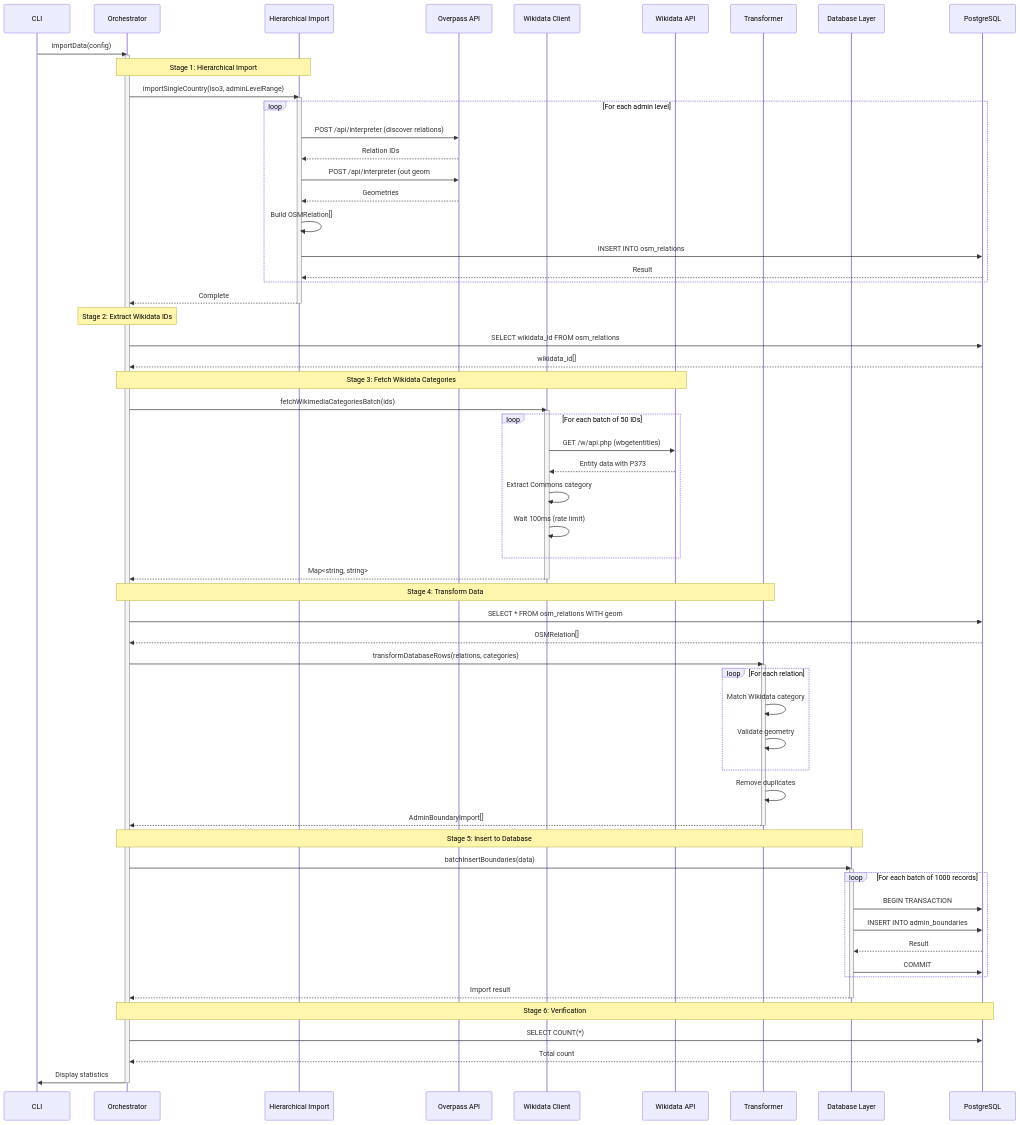
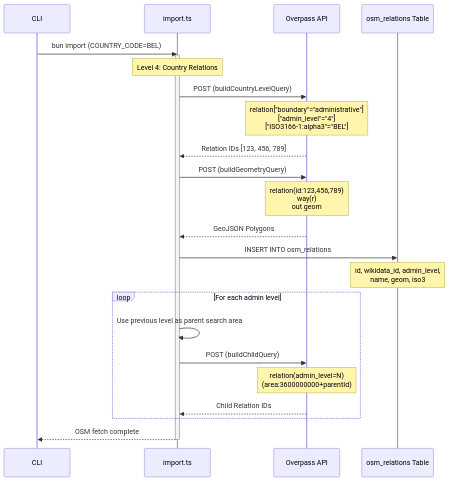
The second of 8 diagrams in docs/import/data-flow.md (DaxServer/geocode-commons-categories), drawn with Mermaid before and after one commit. The commit also changed other lines of this file and 11 other files, not shown here.

````diff
--- a/docs/import/data-flow.md
+++ b/docs/import/data-flow.md
@@ -94,79 +65,32 @@
 ```mermaid
 sequenceDiagram
     participant CLI as CLI
-    participant Orch as Orchestrator
-    participant Hier as Hierarchical Import
+    participant Import as import.ts
     participant Overpass as Overpass API
-    participant WD as Wikidata Client
-    participant Wikidata as Wikidata API
-    participant Transform as Transformer
-    participant DB as Database Layer
-    participant PG as PostgreSQL
+    participant DB as osm_relations Table
 
-    CLI->>Orch: importData(config)
-    activate Orch
+    CLI->>Import: bun import (COUNTRY_CODE=BEL)
+    activate Import
 
-    Note over Orch,Hier: Stage 1: Hierarchical Import
-    Orch->>Hier: importSingleCountry(iso3, adminLevelRange)
-    activate Hier
+    Note over Import: Level 4: Country Relations
+    Import->>Overpass: POST (buildCountryLevelQuery)
+    Note over Overpass: relation["boundary"="administrative"]<br/>["admin_level"="4"]<br/>["ISO3166-1:alpha3"="BEL"]
+    Overpass-->>Import: Relation IDs [123, 456, 789]
+
+    Import->>Overpass: POST (buildGeometryQuery)
+    Note over Overpass: relation(id:123,456,789)<br/>way(r)<br/>out geom
+    Overpass-->>Import: GeoJSON Polygons
+
+    Import->>DB: INSERT INTO osm_relations
+    Note over DB: id, wikidata_id, admin_level,<br/>name, geom, iso3
 
     loop For each admin level
-        Hier->>Overpass: POST /api/interpreter (discover relations)
-        Overpass-->>Hier: Relation IDs
-        Hier->>Overpass: POST /api/interpreter (out geom;)
-        Overpass-->>Hier: Geometries
-        Hier->>Hier: Build OSMRelation[]
-        Hier->>PG: INSERT INTO osm_relations
-        PG-->>Hier: Result
+        Import->>Import: Use previous level as parent search area
+        Import->>Overpass: POST (buildChildQuery)
+        Note over Overpass: relation(admin_level=N)<br/>(area:3600000000+parentId)
+        Overpass-->>Import: Child Relation IDs
     end
 
-    Hier-->>Orch: Complete
-    deactivate Hier
-
-    Note over Orch: Stage 2: Extract Wikidata IDs
-    Orch->>PG: SELECT wikidata_id FROM osm_relations
-    PG-->>Orch: wikidata_id[]
-
-    Note over Orch,Wikidata: Stage 3: Fetch Wikidata Categories
-    Orch->>WD: fetchWikimediaCategoriesBatch(ids)
-    activate WD
-    loop For each batch of 50 IDs
-        WD->>Wikidata: GET /w/api.php (wbgetentities)
-        Wikidata-->>WD: Entity data with P373
-        WD->>WD: Extract Commons category
-        WD->>WD: Wait 100ms (rate limit)
-    end
-    WD-->>Orch: Map<string, string>
-    deactivate WD
-
-    Note over Orch,Transform: Stage 4: Transform Data
-    Orch->>PG: SELECT * FROM osm_relations WITH geom
-    PG-->>Orch: OSMRelation[]
-    Orch->>Transform: transformDatabaseRows(relations, categories)
-    activate Transform
-    loop For each relation
-        Transform->>Transform: Match Wikidata category
-        Transform->>Transform: Validate geometry
-    end
-    Transform->>Transform: Remove duplicates
-    Transform-->>Orch: AdminBoundaryImport[]
-    deactivate Transform
-
-    Note over Orch,DB: Stage 5: Insert to Database
-    Orch->>DB: batchInsertBoundaries(data)
-    activate DB
-    loop For each batch of 1000 records
-        DB->>PG: BEGIN TRANSACTION
-        DB->>PG: INSERT INTO admin_boundaries
-        PG-->>DB: Result
-        DB->>PG: COMMIT
-    end
-    DB-->>Orch: Import result
-    deactivate DB
-
-    Note over Orch,PG: Stage 6: Verification
-    Orch->>PG: SELECT COUNT(*)
-    PG-->>Orch: Total count
-    Orch->>CLI: Display statistics
-    deactivate Orch
+    Import-->>CLI: OSM fetch complete
+    deactivate Import
 ```
````
